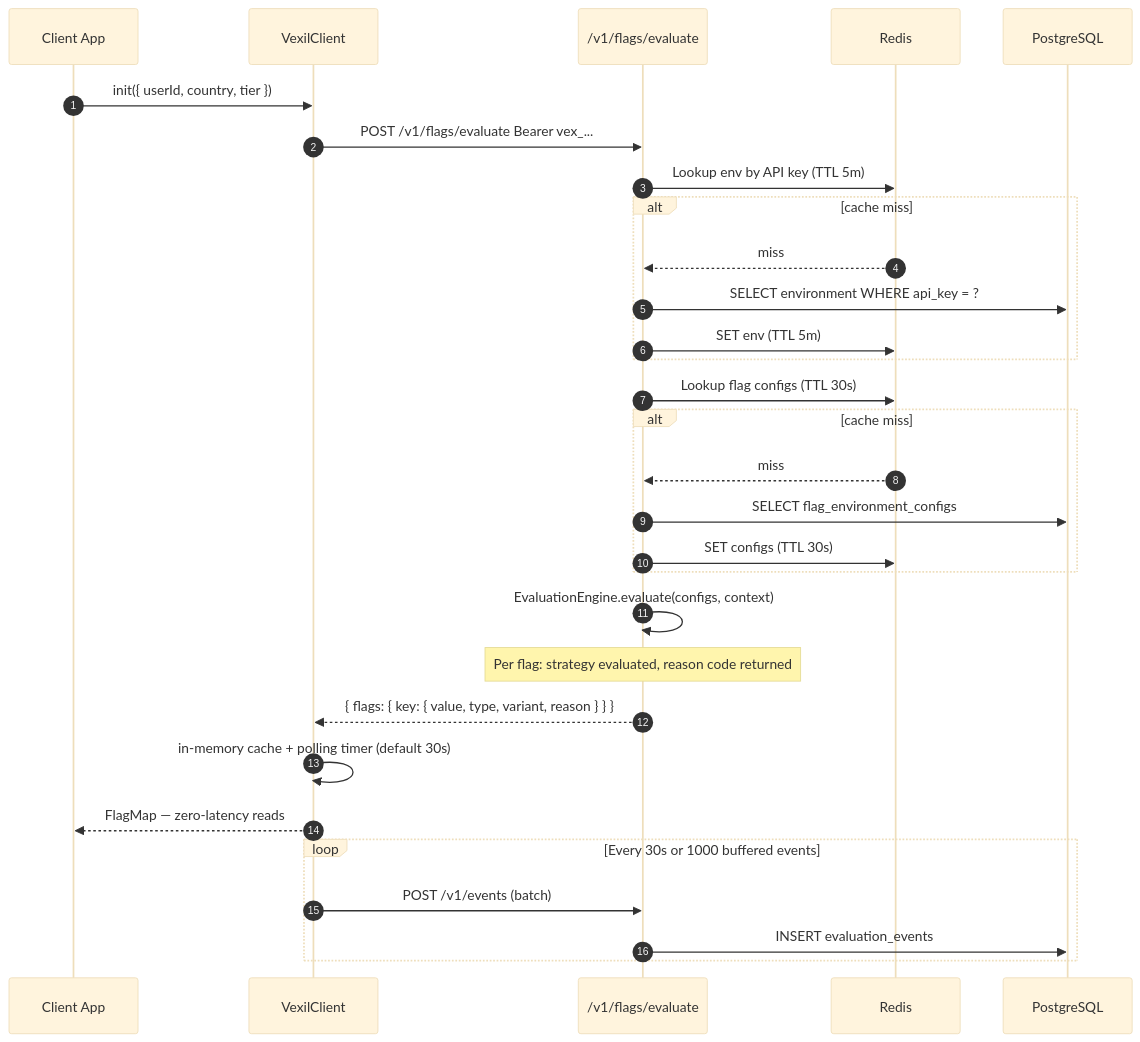
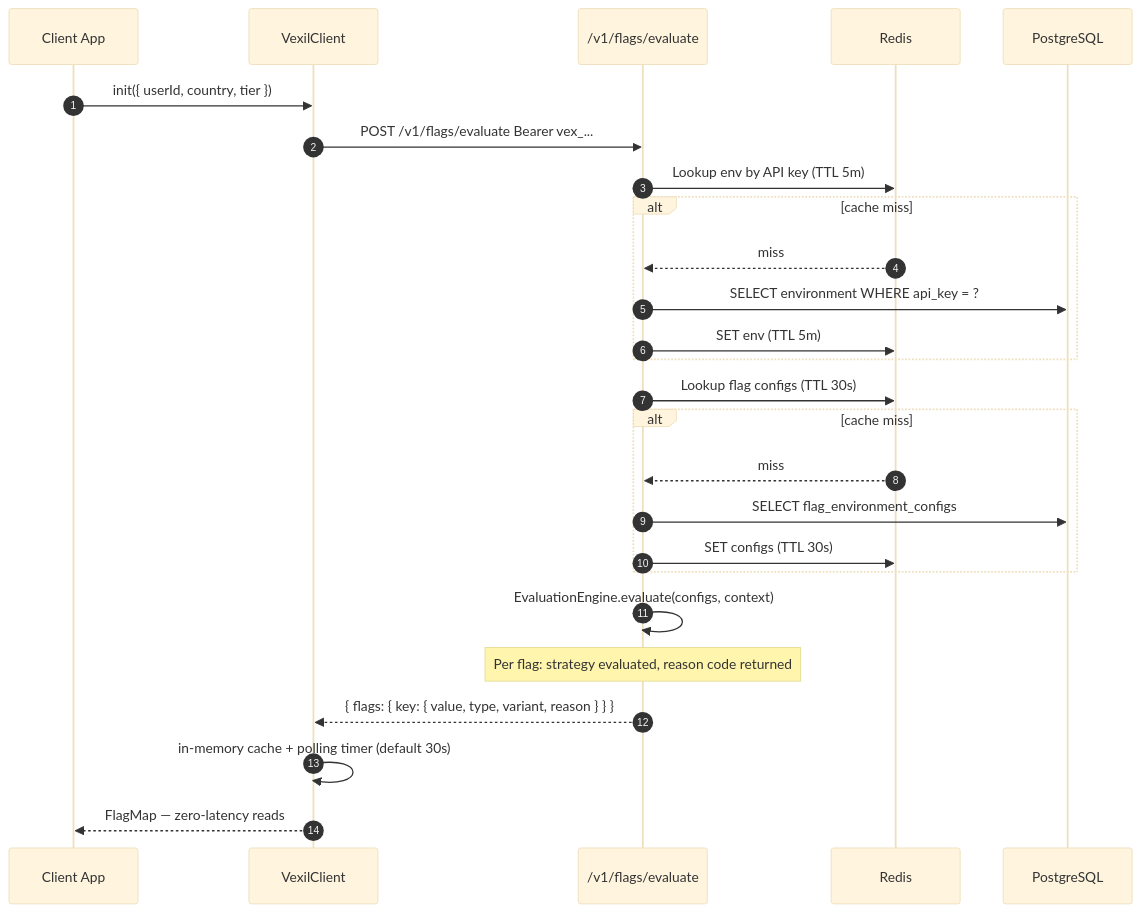
One commit to AbhishekKhot/Vexil changed the second of 4 diagrams in README.md. Above: the diagram before and after it, drawn with Mermaid (base theme). The commit also changed other lines of this file and 31 other files, not shown here.

````diff
--- a/README.md
+++ b/README.md
@@ -82,34 +79,29 @@
 ```mermaid
 sequenceDiagram
     autonumber
     participant App as Client App
     participant SDK as VexilClient
     participant API as /v1/flags/evaluate
     participant Cache as Redis
     participant DB as PostgreSQL
 
     App->>SDK: init({ userId, country, tier })
     SDK->>API: POST /v1/flags/evaluate  Bearer vex_...
     API->>Cache: Lookup env by API key (TTL 5m)
     alt cache miss
         Cache-->>API: miss
         API->>DB: SELECT environment WHERE api_key = ?
         API->>Cache: SET env (TTL 5m)
     end
     API->>Cache: Lookup flag configs (TTL 30s)
     alt cache miss
         Cache-->>API: miss
         API->>DB: SELECT flag_environment_configs
         API->>Cache: SET configs (TTL 30s)
     end
     API->>API: EvaluationEngine.evaluate(configs, context)
     Note over API: Per flag: strategy evaluated, reason code returned
     API-->>SDK: { flags: { key: { value, type, variant, reason } } }
     SDK->>SDK: in-memory cache + polling timer (default 30s)
     SDK-->>App: FlagMap — zero-latency reads
-
-    loop Every 30s or 1000 buffered events
-        SDK->>API: POST /v1/events (batch)
-        API->>DB: INSERT evaluation_events
-    end
 ```
````
